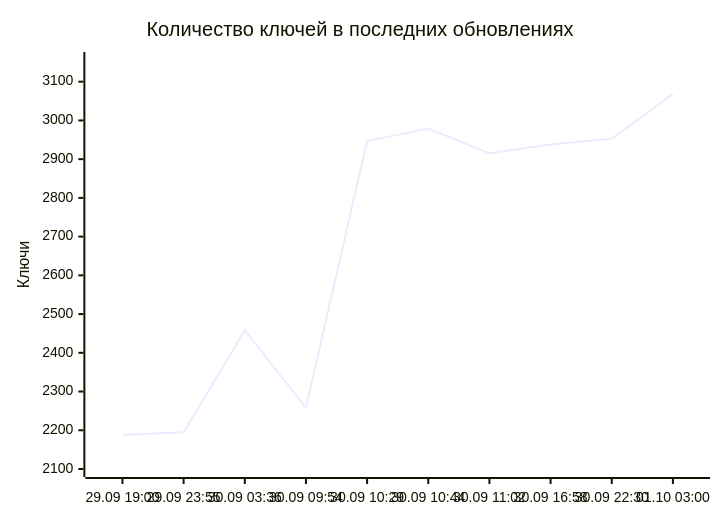
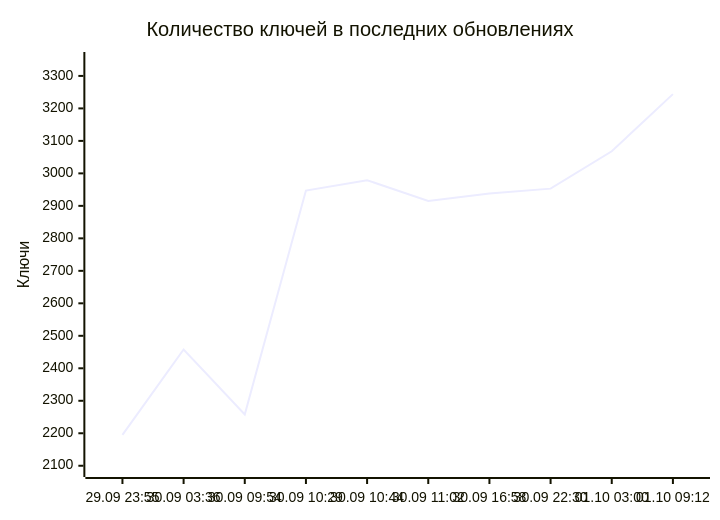
One commit to markKikhtenko/WireVeil changed the diagram in README.md. Above: the diagram before and after it, drawn with Mermaid. The commit also changed other lines of this file and 12 other files, not shown here.

````diff
--- a/README.md
+++ b/README.md
@@ -55,7 +55,7 @@
 ```mermaid
 xychart-beta
     title "Количество ключей в последних обновлениях"
-    x-axis ["29.09 19:00", "29.09 23:55", "30.09 03:36", "30.09 09:54", "30.09 10:29", "30.09 10:44", "30.09 11:02", "30.09 16:58", "30.09 22:30", "01.10 03:00"]
-    y-axis "Ключи" 2100 --> 3156
-    line [2188, 2195, 2458, 2258, 2947, 2979, 2915, 2938, 2953, 3068]
+    x-axis ["29.09 23:55", "30.09 03:36", "30.09 09:54", "30.09 10:29", "30.09 10:44", "30.09 11:02", "30.09 16:58", "30.09 22:30", "01.10 03:00", "01.10 09:12"]
+    y-axis "Ключи" 2090 --> 3349
+    line [2195, 2458, 2258, 2947, 2979, 2915, 2938, 2953, 3068, 3244]
 ```
````
